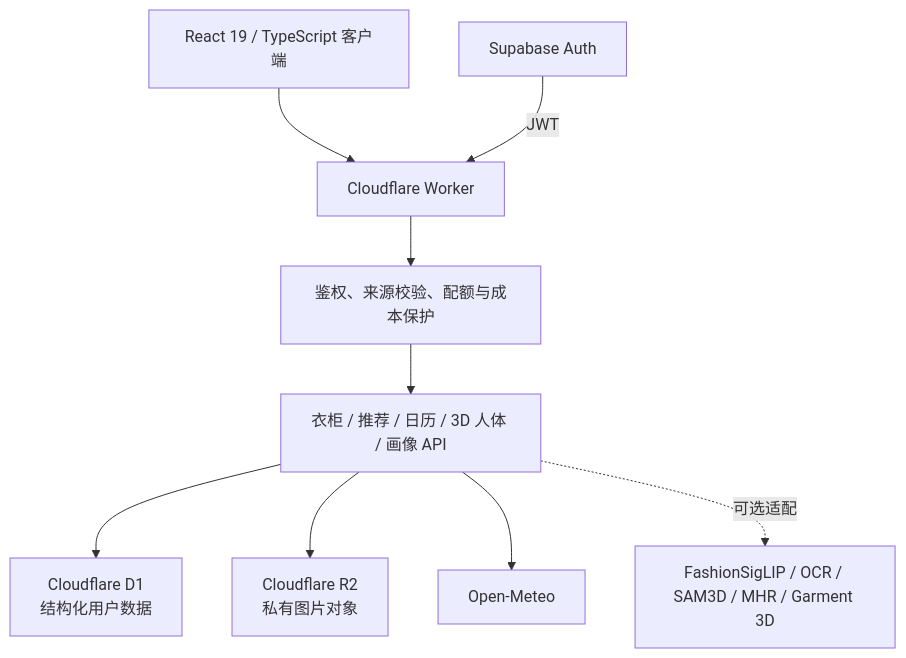
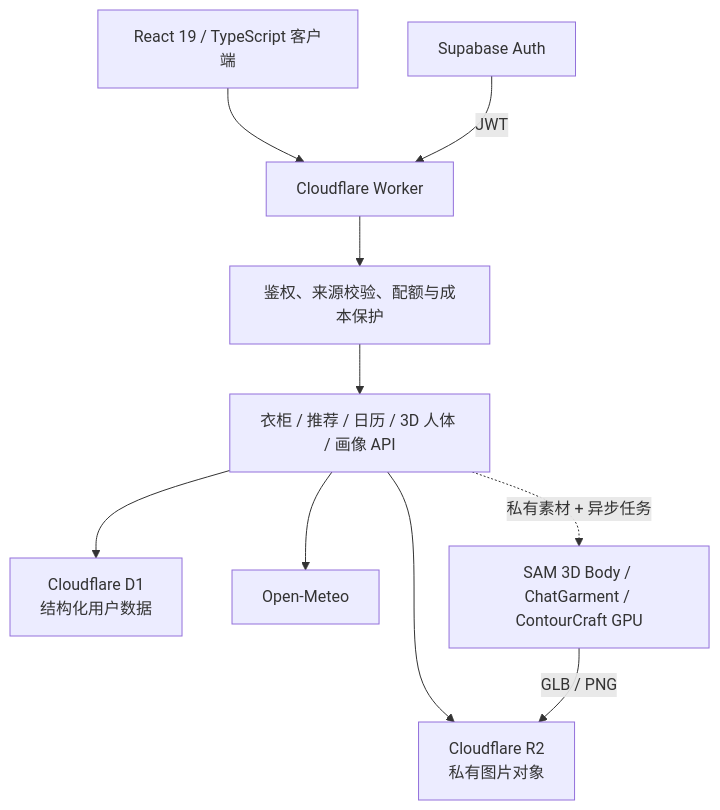
Before and after one commit to XinyuGao888/muse-closet-ai: the second of 2 diagrams in README.md, drawn with Mermaid. The commit also changed other lines of this file and 16 other files, not shown here.

Commit message:
feat: add private ChatGarment 3D try-on flow

````diff
--- a/README.md
+++ b/README.md
@@ -105,11 +108,12 @@
 ```mermaid
 flowchart TB
   U["React 19 / TypeScript 客户端"] --> W["Cloudflare Worker"]
   S["Supabase Auth"] -->|"JWT"| W
   W --> A["鉴权、来源校验、配额与成本保护"]
   A --> API["衣柜 / 推荐 / 日历 / 3D 人体 / 画像 API"]
   API --> D1["Cloudflare D1\n结构化用户数据"]
   API --> R2["Cloudflare R2\n私有图片对象"]
   API --> OM["Open-Meteo"]
-  API -. "可选适配" .-> AI["FashionSigLIP / OCR / SAM3D / MHR / Garment 3D"]
+  API -. "私有素材 + 异步任务" .-> AI["SAM 3D Body / ChatGarment / ContourCraft GPU"]
+  AI -->|"GLB / PNG"| R2
 ```
````
